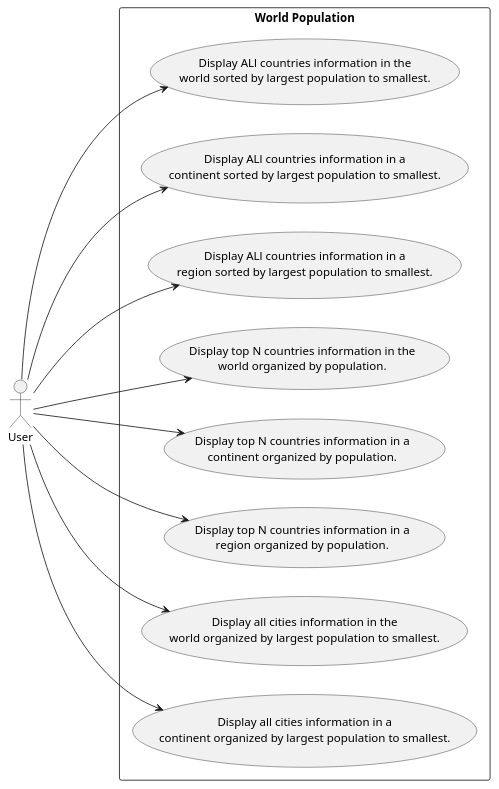
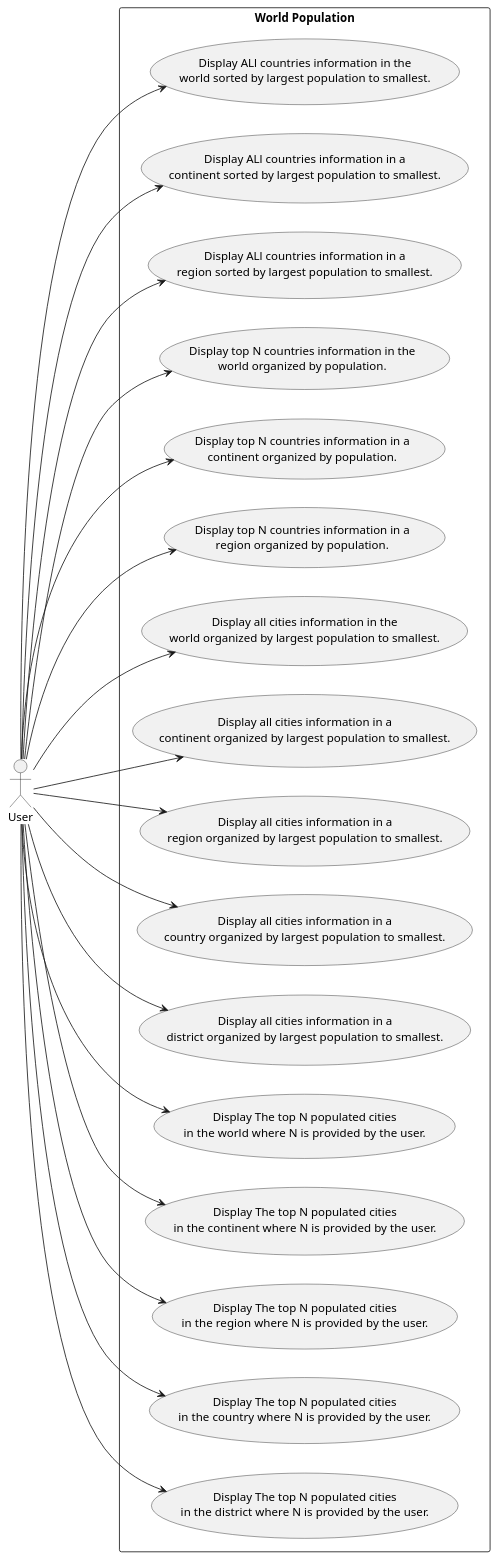
The diagram in use-cases/World Population.puml (Nyein-Thu-Aung315/GP7), drawn with PlantUML before and after one commit.

Commit message:
update usecase diagram in World population.pumpl file

```diff
--- a/use-cases/World Population.puml
+++ b/use-cases/World Population.puml
@@ -1,40 +1,73 @@
 @startuml
 left to right direction
 actor User as "User"
 
 rectangle "World Population" {
-    usecase UC4 as "Display ALl countries information in the
+    usecase UC1 as "Display ALl countries information in the
     world sorted by largest population to smallest."
 
-    usecase UC5 as "Display ALl countries information in a
+    usecase UC2 as "Display ALl countries information in a
                     continent sorted by largest population to smallest."
 
-    usecase UC6 as "Display ALl countries information in a
+    usecase UC3 as "Display ALl countries information in a
                     region sorted by largest population to smallest."
 
-    usecase UC7 as "Display top N countries information in the
+    usecase UC4 as "Display top N countries information in the
                     world organized by population."
 
-    usecase UC8 as "Display top N countries information in a
+    usecase UC5 as "Display top N countries information in a
                     continent organized by population."
 
-    usecase UC9 as "Display top N countries information in a
+    usecase UC6 as "Display top N countries information in a
                     region organized by population."
 
-    usecase UC10 as "Display all cities information in the
+    usecase UC7 as "Display all cities information in the
                      world organized by largest population to smallest."
 
+    usecase UC8 as "Display all cities information in a
+                    continent organized by largest population to smallest."
+
+    usecase UC9 as "Display all cities information in a
+                        region organized by largest population to smallest."
+
+    usecase UC10 as "Display all cities information in a
+                        country organized by largest population to smallest."
+
     usecase UC11 as "Display all cities information in a
-                    continent organized by largest population to smallest."
+                            district organized by largest population to smallest."
+
+    usecase UC12 as "Display The top N populated cities
+    in the world where N is provided by the user."
+
+    usecase UC13 as "Display The top N populated cities
+        in the continent where N is provided by the user."
+
+    usecase UC14 as "Display The top N populated cities
+        in the region where N is provided by the user."
+
+    usecase UC15 as "Display The top N populated cities
+        in the country where N is provided by the user."
+
+    usecase UC16 as "Display The top N populated cities
+        in the district where N is provided by the user."
+
+    User ---> UC1
+    User ---> UC2
+    User ---> UC3
     User ---> UC4
     User ---> UC5
     User ---> UC6
     User ---> UC7
     User ---> UC8
     User ---> UC9
     User ---> UC10
     User ---> UC11
+    User ---> UC12
+    User ---> UC13
+    User ---> UC14
+    User ---> UC15
+    User ---> UC16
 
 }
 
 @enduml
```
